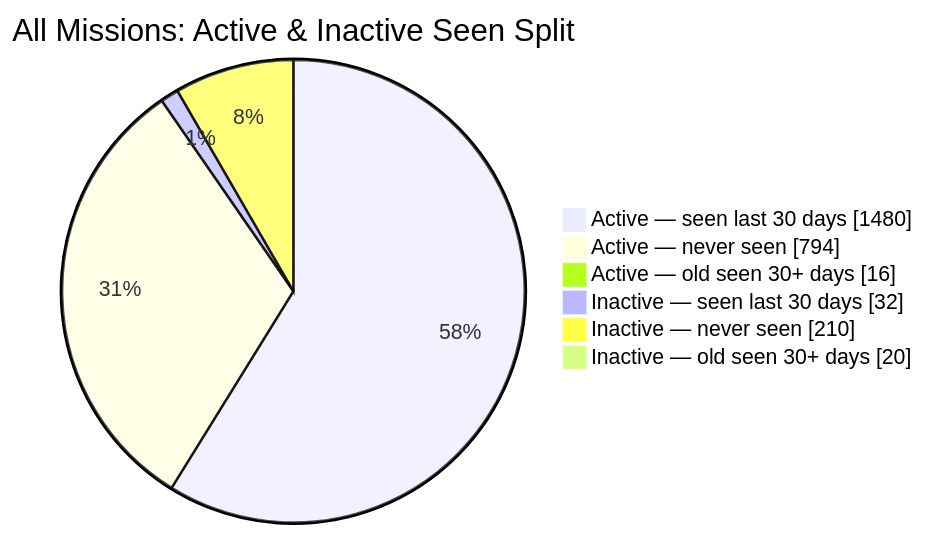
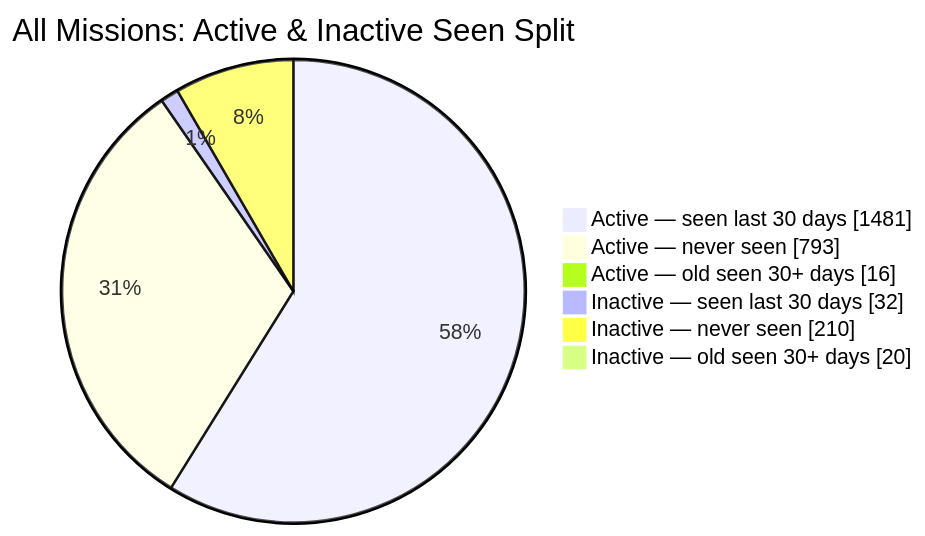
Before and after one commit to MeldkamerspelGameTeam/active-missions: the second of 2 diagrams in README.md, drawn with Mermaid. The commit also changed other lines of this file and 2 other files, not shown here.

````diff
--- a/README.md
+++ b/README.md
@@ -44,10 +44,10 @@
 ```mermaid
 pie showData
     title All Missions: Active & Inactive Seen Split
-    "Active — seen last 30 days" : 1480
-    "Active — never seen" : 794
+    "Active — seen last 30 days" : 1481
+    "Active — never seen" : 793
     "Active — old seen 30+ days" : 16
     "Inactive — seen last 30 days" : 32
     "Inactive — never seen" : 210
     "Inactive — old seen 30+ days" : 20
 ```
````
